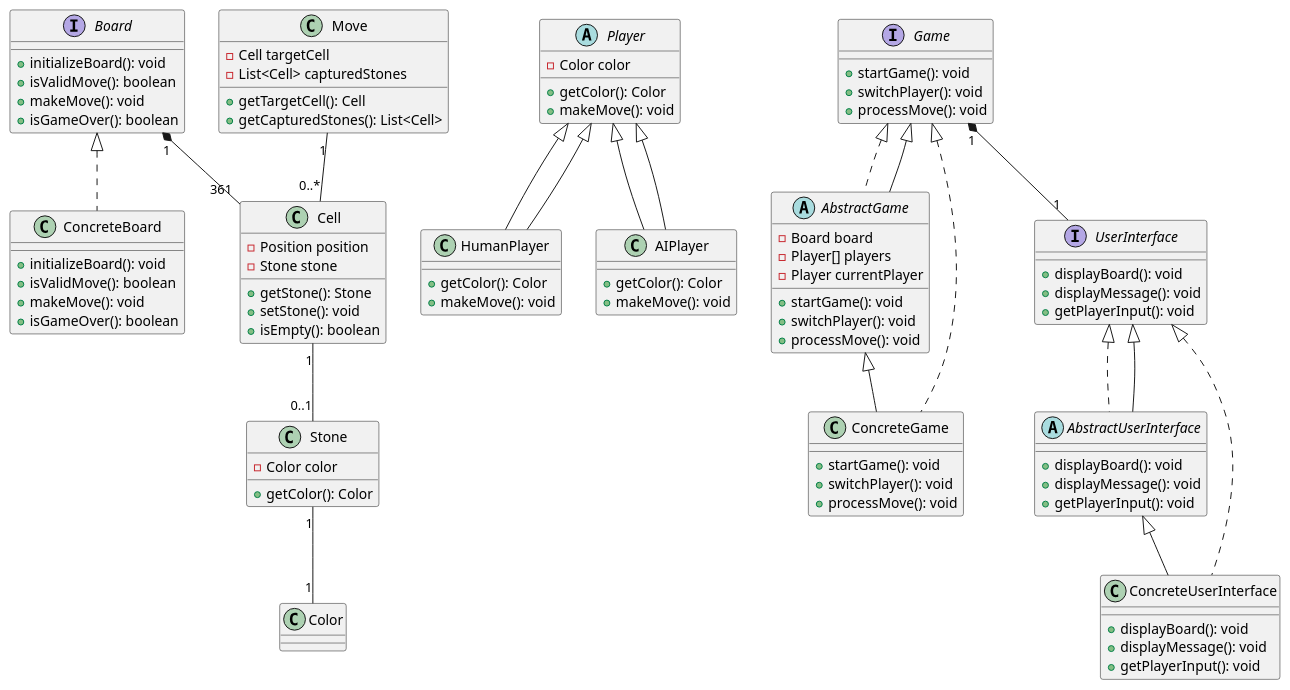
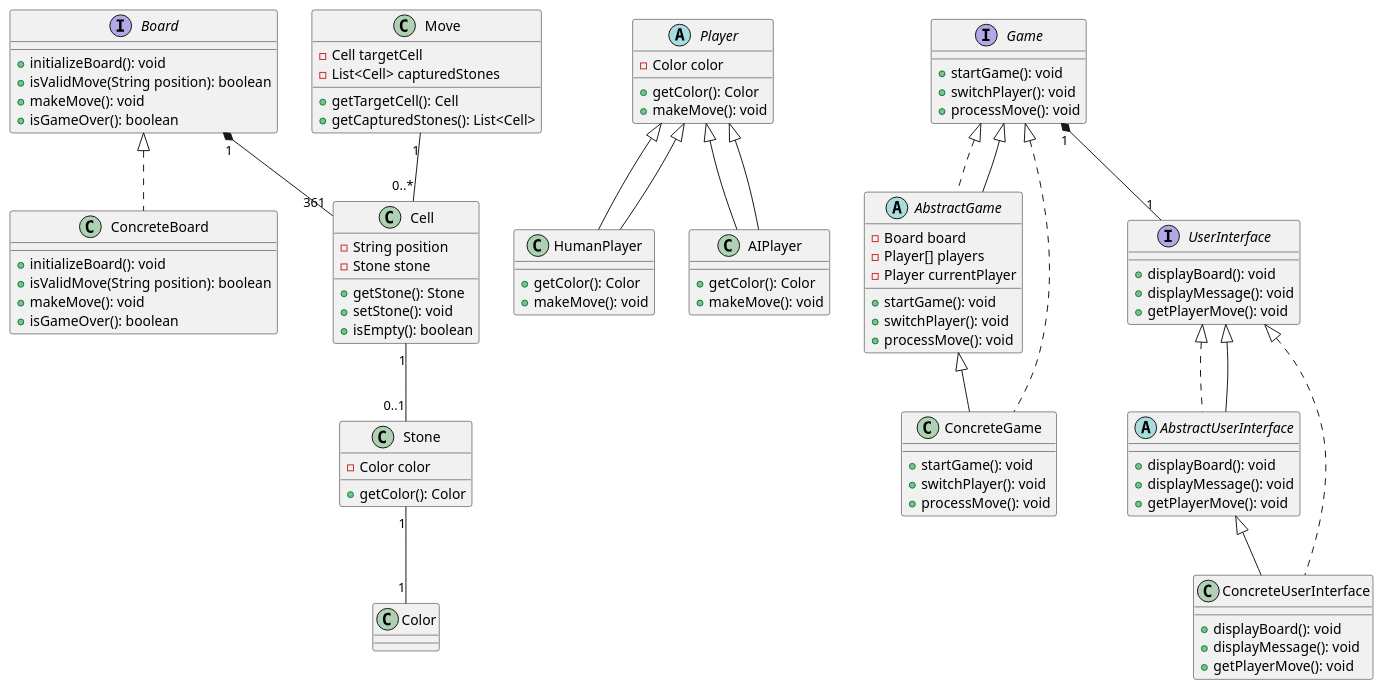
The diagram in designs/games/go/go.puml (TSaavaMate/designPrincipes), drawn with PlantUML before and after one commit. The commit also changed 26 other files, not shown here.

```diff
--- a/designs/games/go/go.puml
+++ b/designs/games/go/go.puml
@@ -1,106 +1,106 @@
 @startuml
 
 interface Board {
   + initializeBoard(): void
-  + isValidMove(): boolean
+  + isValidMove(String position): boolean
   + makeMove(): void
   + isGameOver(): boolean
 }
 
 class ConcreteBoard {
   + initializeBoard(): void
-  + isValidMove(): boolean
+  + isValidMove(String position): boolean
   + makeMove(): void
   + isGameOver(): boolean
 }
 
 class Cell {
-  - Position position
+  - String position
   - Stone stone
   + getStone(): Stone
   + setStone(): void
   + isEmpty(): boolean
 }
 
 class Stone {
   - Color color
   + getColor(): Color
 }
 
 abstract class Player {
   - Color color
   + getColor(): Color
   + makeMove(): void
 }
 
 class HumanPlayer extends Player {
   + getColor(): Color
   + makeMove(): void
 }
 
 class AIPlayer extends Player {
   + getColor(): Color
   + makeMove(): void
 }
 
 class Move {
   - Cell targetCell
   - List<Cell> capturedStones
   + getTargetCell(): Cell
   + getCapturedStones(): List<Cell>
 }
 
 interface Game {
   + startGame(): void
   + switchPlayer(): void
   + processMove(): void
 }
 
 abstract class AbstractGame implements Game {
   - Board board
   - Player[] players
   - Player currentPlayer
   + startGame(): void
   + switchPlayer(): void
   + processMove(): void
 }
 
 class ConcreteGame extends AbstractGame {
   + startGame(): void
   + switchPlayer(): void
   + processMove(): void
 }
 
 interface UserInterface {
   + displayBoard(): void
   + displayMessage(): void
-  + getPlayerInput(): void
+  + getPlayerMove(): void
 }
 
 abstract class AbstractUserInterface implements UserInterface {
   + displayBoard(): void
   + displayMessage(): void
-  + getPlayerInput(): void
+  + getPlayerMove(): void
 }
 
 class ConcreteUserInterface extends AbstractUserInterface {
   + displayBoard(): void
   + displayMessage(): void
-  + getPlayerInput(): void
+  + getPlayerMove(): void
 }
 
 Board <|.. ConcreteBoard
 Player <|-- HumanPlayer
 Player <|-- AIPlayer
 Game <|.. ConcreteGame
 UserInterface <|.. ConcreteUserInterface
 Game <|-- AbstractGame
 UserInterface <|-- AbstractUserInterface
 
 Board "1" *-- "361" Cell
 Cell "1" -- "0..1" Stone
 Stone "1" -- "1" Color
 Move "1" -- "0..*" Cell
 Game "1" *-- "1" UserInterface
 
 @enduml
```
